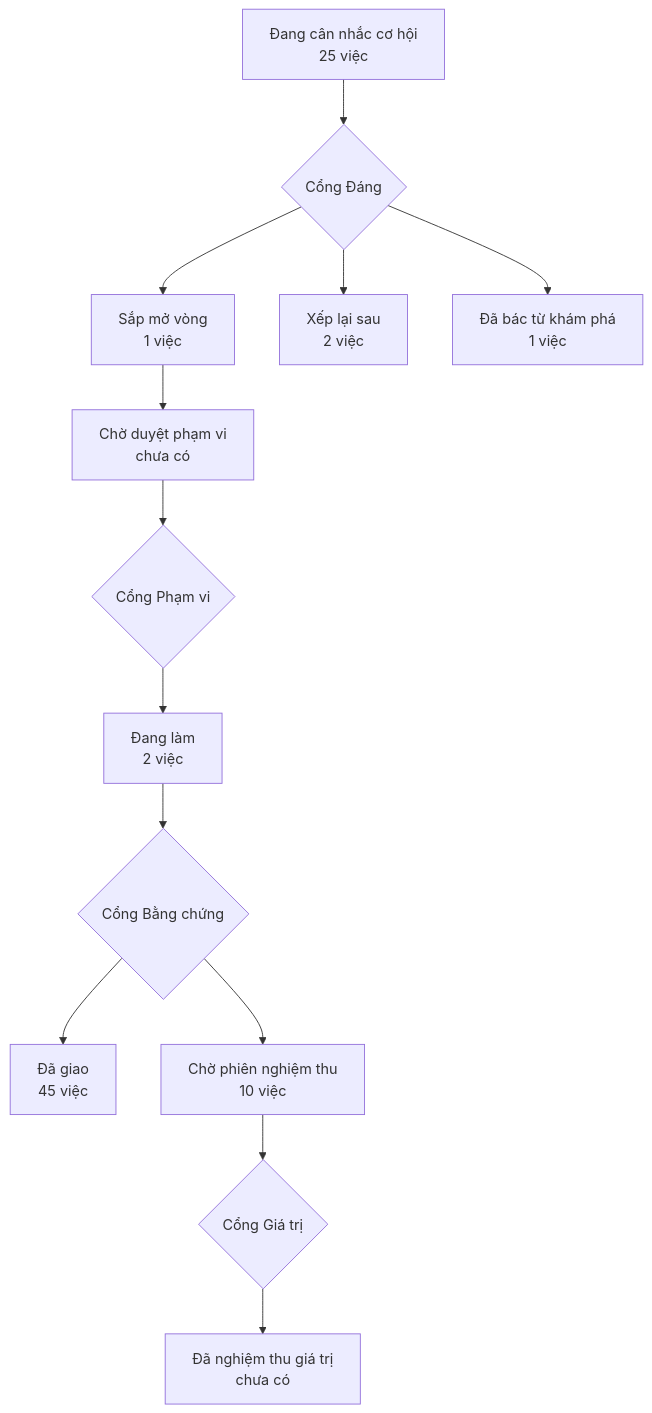
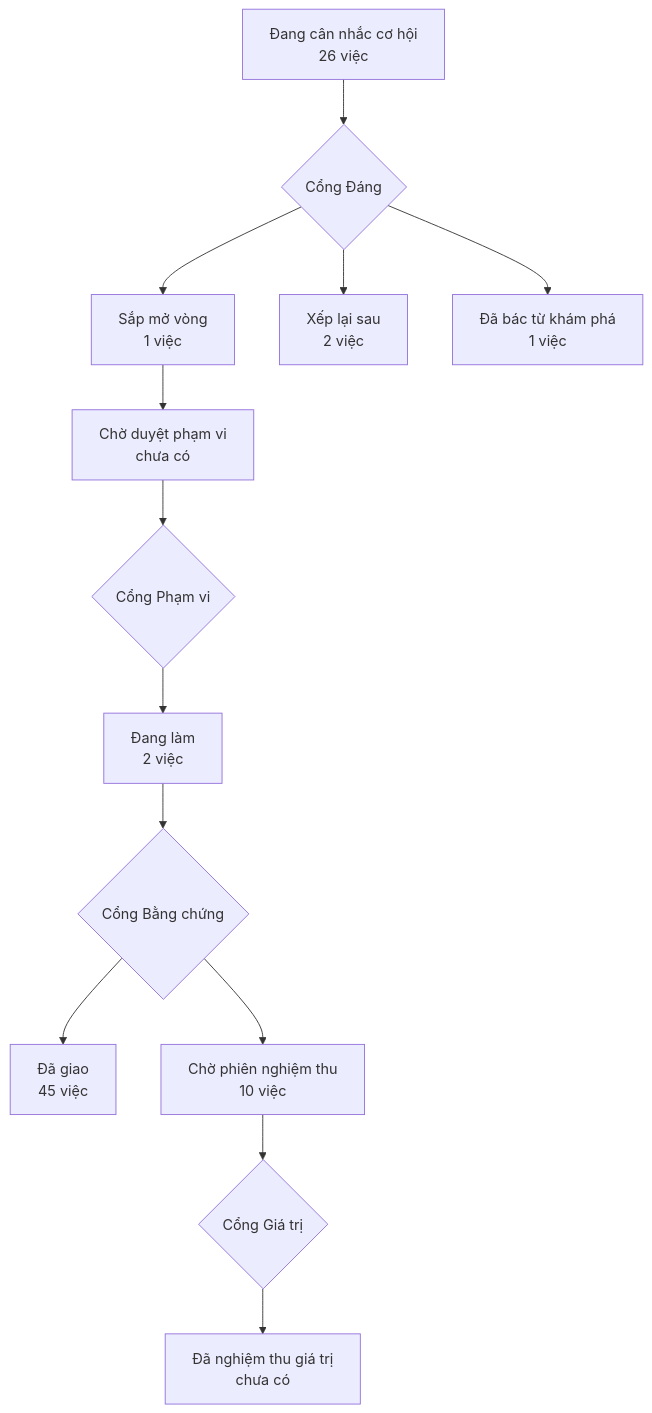
The diagram in PRODUCT-MAP.md (phanlemanh/acceptance-gate-kit), drawn with Mermaid before and after one commit. The commit also changed other lines of this file and 2 other files, not shown here.

Commit message:
chip: ba hồ sơ đã ký còn nợ khoá mirror_sync đã gỡ — nợ cuối của corpus sau ADR 0014/0015, chờ Cổng Đáng
Ô cơ hội no-mirror-sync-ba-ho-so: consumer-copy-cjs (E10), mot-luot-go-cong-nguoi
(E6), rang-phep-do-viec-cua-anh (E6) — recheck đỏ L2 SUBSTANCE vì khoá chết (ADR
0010); --recheck-all trên kit còn đúng 3 vi phạm này. Hai câu cho người quyết:
lưu kho cùng khuôn ADR 0015, hay viết vào vật đã ký rồi ký lại; không hồi sinh
khoá dạng exit 0 (xanh giả). GUIDE §7.1 thêm một dòng; bản đồ vẽ lại.

````diff
--- a/PRODUCT-MAP.md
+++ b/PRODUCT-MAP.md
@@ -6,12 +6,12 @@
 ```mermaid
 flowchart TD
-  A["Đang cân nhắc cơ hội<br/>25 việc"] --> GD{"Cổng Đáng"}
+  A["Đang cân nhắc cơ hội<br/>26 việc"] --> GD{"Cổng Đáng"}
   GD --> B["Sắp mở vòng<br/>1 việc"]
   GD --> XL["Xếp lại sau<br/>2 việc"]
   GD --> DB["Đã bác từ khám phá<br/>1 việc"]
   B --> CD["Chờ duyệt phạm vi<br/>chưa có"] --> GP{"Cổng Phạm vi"}
   GP --> DL["Đang làm<br/>2 việc"] --> GB{"Cổng Bằng chứng"}
   GB --> DG["Đã giao<br/>45 việc"]
   GB --> CN["Chờ phiên nghiệm thu<br/>10 việc"] --> GG{"Cổng Giá trị"}
   GG --> NT["Đã nghiệm thu giá trị<br/>chưa có"]
 ```
````
